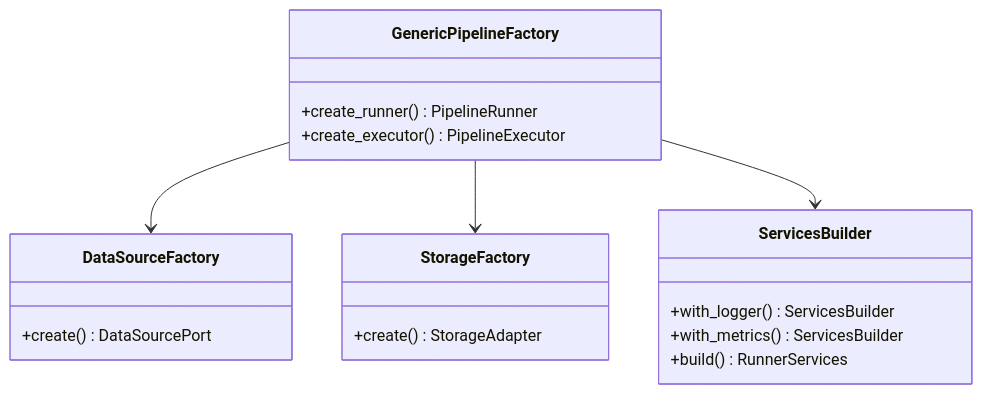
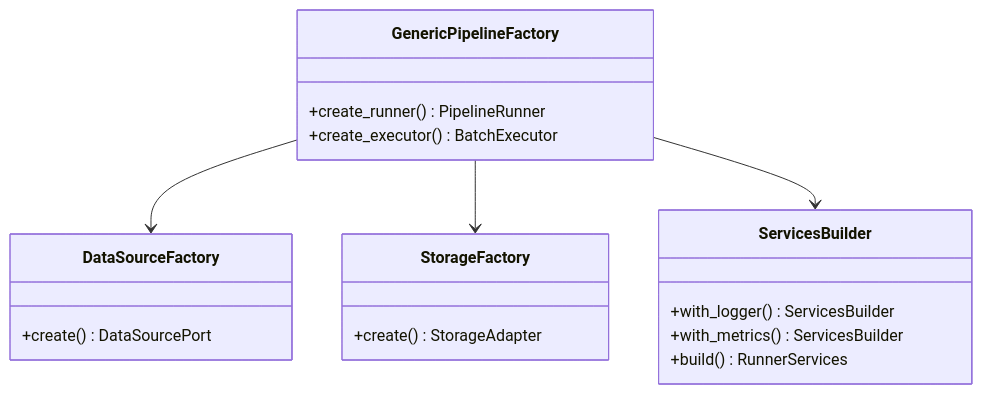
One commit to SatoryKono/BioactivityDataAcquisition changed the diagram in docs/04-reference/api/composition/factories.md. Above: the diagram before and after it, drawn with Mermaid. The commit also changed 3 other files, not shown here.

````diff
--- a/docs/04-reference/api/composition/factories.md
+++ b/docs/04-reference/api/composition/factories.md
@@ -234,25 +234,25 @@
 ```mermaid
 classDiagram
     class GenericPipelineFactory {
         +create_runner() PipelineRunner
-        +create_executor() PipelineExecutor
+        +create_executor() BatchExecutor
     }
 
     class DataSourceFactory {
         +create() DataSourcePort
     }
 
     class StorageFactory {
         +create() StorageAdapter
     }
 
     class ServicesBuilder {
         +with_logger() ServicesBuilder
         +with_metrics() ServicesBuilder
         +build() RunnerServices
     }
 
     GenericPipelineFactory --> DataSourceFactory
     GenericPipelineFactory --> StorageFactory
     GenericPipelineFactory --> ServicesBuilder
 ```
````
